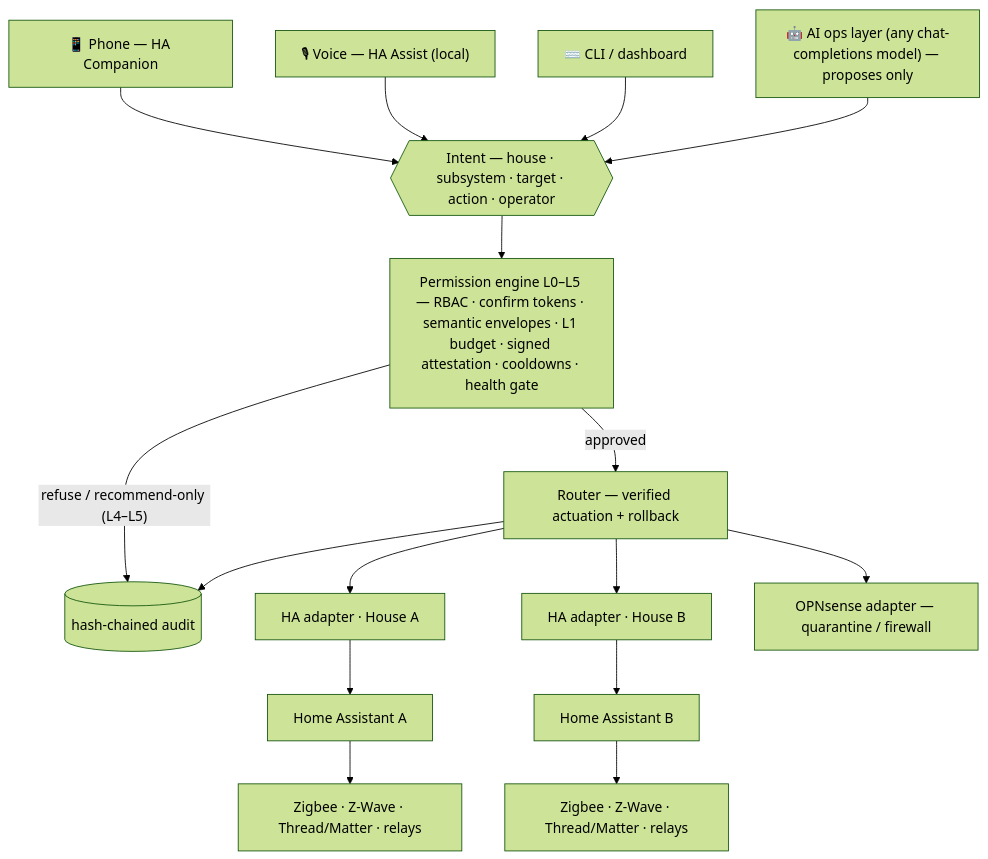
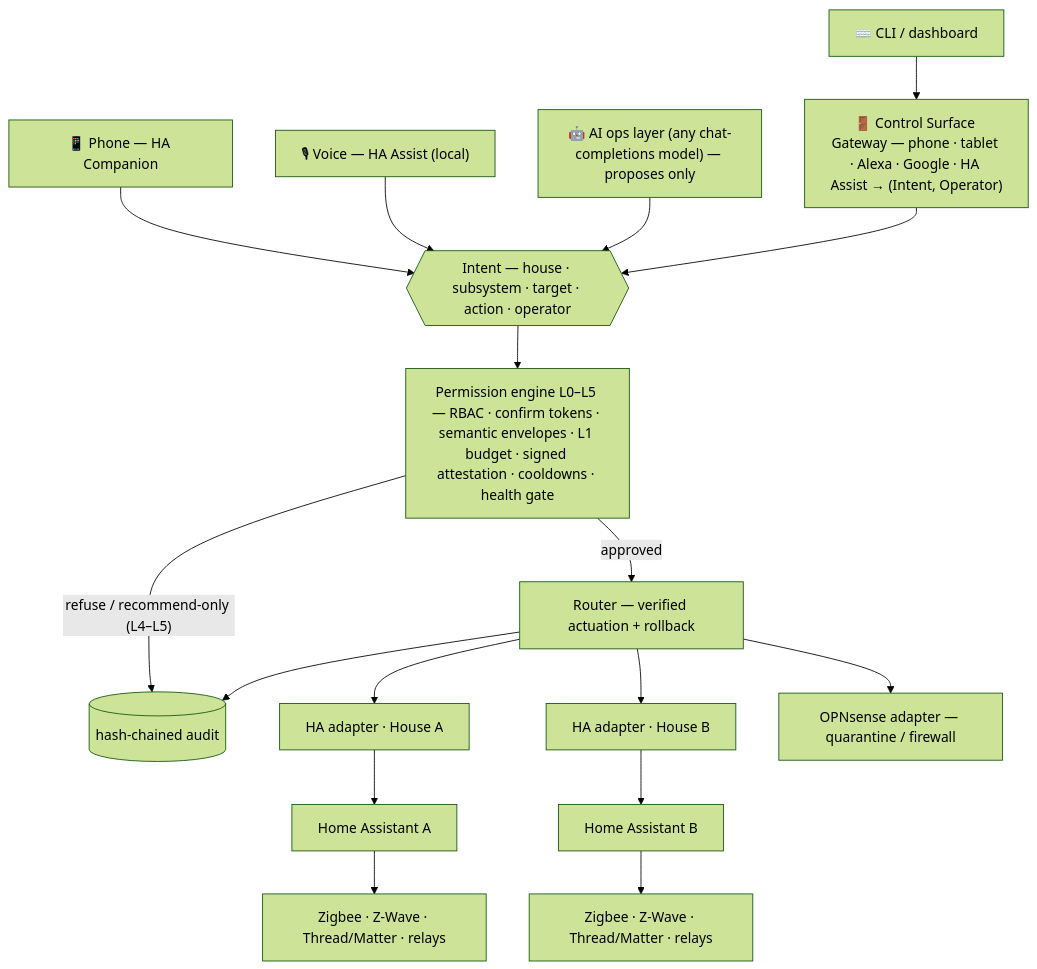
One commit to Cole-Will-I-Am/AI_Smart_Home changed the diagram in README.md. Above: the diagram before and after it, drawn with Mermaid (forest theme). The commit also changed other lines of this file and 5 other files, not shown here.

````diff
--- a/README.md
+++ b/README.md
@@ -40,17 +40,18 @@
 ```mermaid
 flowchart TD
     P["📱 Phone — HA Companion"] --> I
     V["🎙 Voice — HA Assist (local)"] --> I
-    C["⌨️ CLI / dashboard"] --> I
+    C["⌨️ CLI / dashboard"] --> G
     AI["🤖 AI ops layer (any chat-completions model) — proposes only"] --> I
+    G["🚪 Control Surface Gateway — phone · tablet · Alexa · Google · HA Assist → (Intent, Operator)"] --> I
     I{{"Intent — house · subsystem · target · action · operator"}}
     I --> E["Permission engine L0–L5 — RBAC · confirm tokens · semantic envelopes · L1 budget · signed attestation · cooldowns · health gate"]
     E -- "refuse / recommend-only (L4–L5)" --> X[("hash-chained audit")]
     E -- approved --> R["Router — verified actuation + rollback"]
     R --> X
     R --> A["HA adapter · House A"]
     R --> B["HA adapter · House B"]
     R --> N["OPNsense adapter — quarantine / firewall"]
     A --> HA1["Home Assistant A"] --> D1["Zigbee · Z-Wave · Thread/Matter · relays"]
     B --> HA2["Home Assistant B"] --> D2["Zigbee · Z-Wave · Thread/Matter · relays"]
 ```
````
